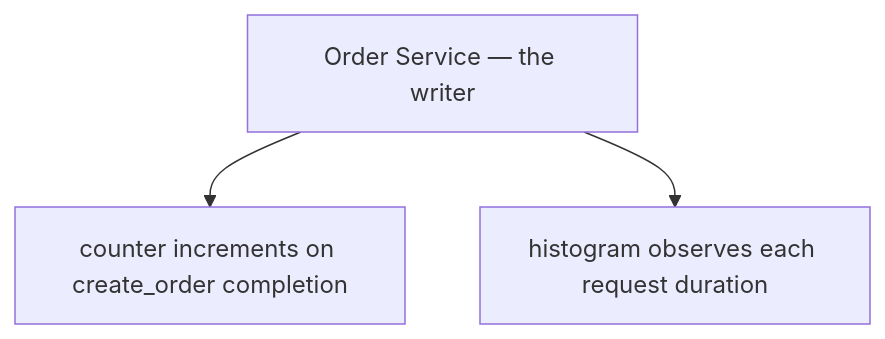
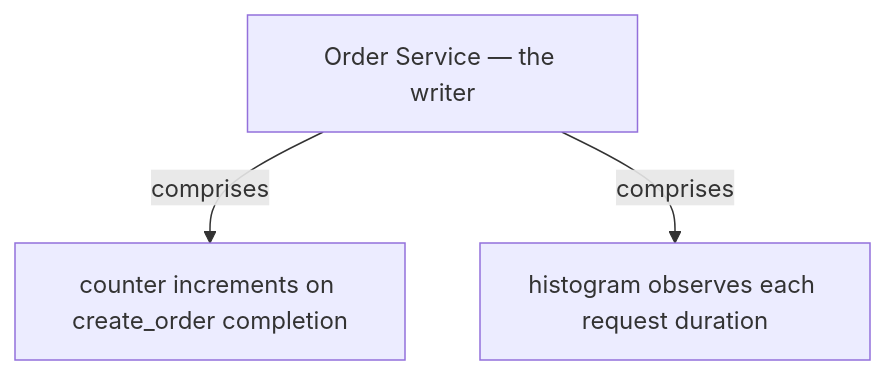
One commit to vinayakuber/microservices-io-study-guide changed the fourth of 14 diagrams in docs/ch31-application-metrics.md. Above: the diagram before and after it, drawn with Mermaid. The commit also changed other lines of this file and 71 other files, not shown here.

First line of the commit message:
R18: label every diagram arrow with its meaning

````diff
--- a/docs/ch31-application-metrics.md
+++ b/docs/ch31-application-metrics.md
@@ -165,6 +165,6 @@
 ```mermaid
 flowchart TD
   R["Order Service — the writer"]
-  R --> P0["counter increments on create_order completion"]
-  R --> P1["histogram observes each request duration"]
+  R -->|"comprises"| P0["counter increments on create_order completion"]
+  R -->|"comprises"| P1["histogram observes each request duration"]
 ```
````
